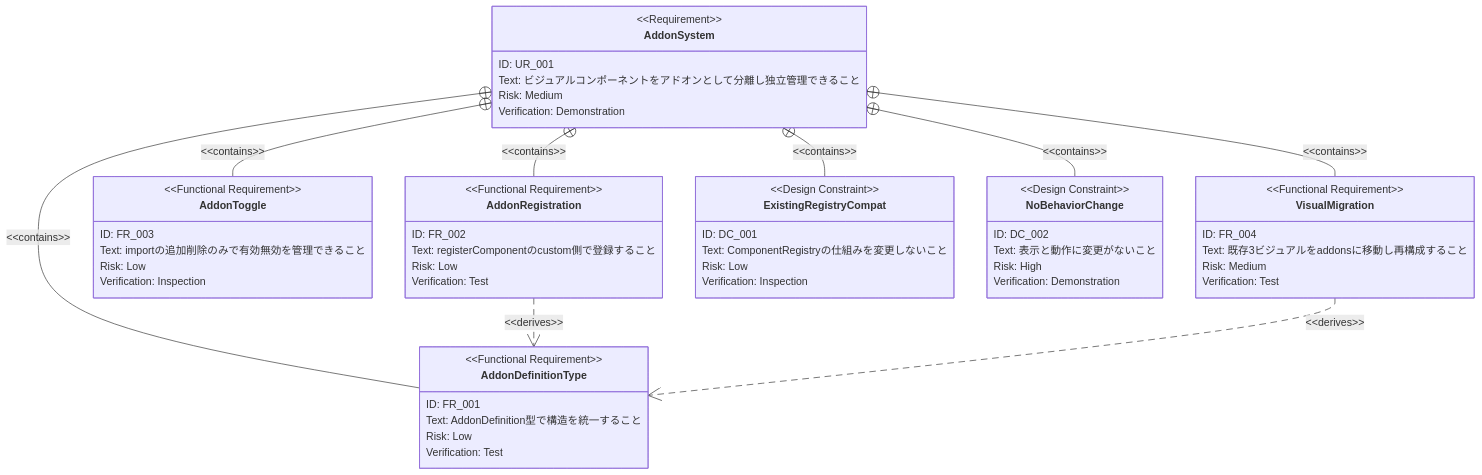
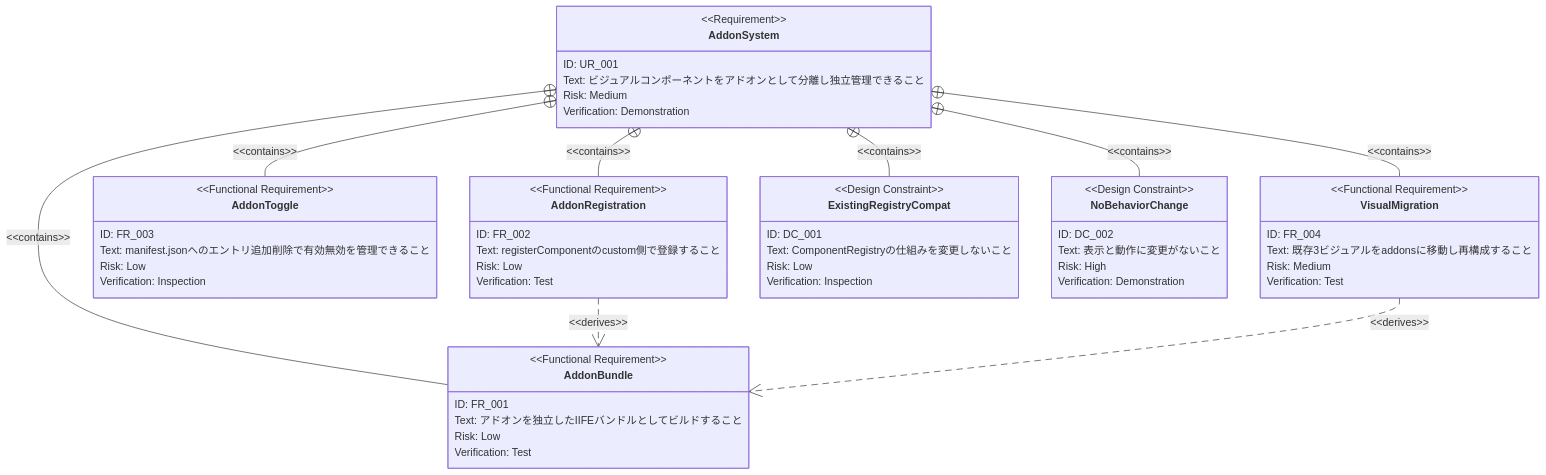
Before and after one commit to ToshikiImagawa/ai-sdd-workflow-demo: the second of 2 diagrams in .sdd/requirement/visual-addon.md, drawn with Mermaid. The commit also changed other lines of this file and 17 other files, not shown here.

````diff
--- a/.sdd/requirement/visual-addon.md
+++ b/.sdd/requirement/visual-addon.md
@@ -87,60 +87,60 @@
 ```mermaid
 requirementDiagram
     requirement AddonSystem {
         id: UR_001
         text: "ビジュアルコンポーネントをアドオンとして分離し独立管理できること"
         risk: medium
         verifymethod: demonstration
     }
 
-    functionalRequirement AddonDefinitionType {
+    functionalRequirement AddonBundle {
         id: FR_001
-        text: "AddonDefinition型で構造を統一すること"
+        text: "アドオンを独立したIIFEバンドルとしてビルドすること"
         risk: low
         verifymethod: test
     }
 
     functionalRequirement AddonRegistration {
         id: FR_002
         text: "registerComponentのcustom側で登録すること"
         risk: low
         verifymethod: test
     }
 
     functionalRequirement AddonToggle {
         id: FR_003
-        text: "importの追加削除のみで有効無効を管理できること"
+        text: "manifest.jsonへのエントリ追加削除で有効無効を管理できること"
         risk: low
         verifymethod: inspection
     }
 
     functionalRequirement VisualMigration {
         id: FR_004
         text: "既存3ビジュアルをaddonsに移動し再構成すること"
         risk: medium
         verifymethod: test
     }
 
     designConstraint ExistingRegistryCompat {
         id: DC_001
         text: "ComponentRegistryの仕組みを変更しないこと"
         risk: low
         verifymethod: inspection
     }
 
     designConstraint NoBehaviorChange {
         id: DC_002
         text: "表示と動作に変更がないこと"
         risk: high
         verifymethod: demonstration
     }
 
-    AddonSystem - contains -> AddonDefinitionType
+    AddonSystem - contains -> AddonBundle
     AddonSystem - contains -> AddonRegistration
     AddonSystem - contains -> AddonToggle
     AddonSystem - contains -> VisualMigration
     AddonSystem - contains -> ExistingRegistryCompat
     AddonSystem - contains -> NoBehaviorChange
-    AddonRegistration - derives -> AddonDefinitionType
-    VisualMigration - derives -> AddonDefinitionType
+    AddonRegistration - derives -> AddonBundle
+    VisualMigration - derives -> AddonBundle
 ```
````
